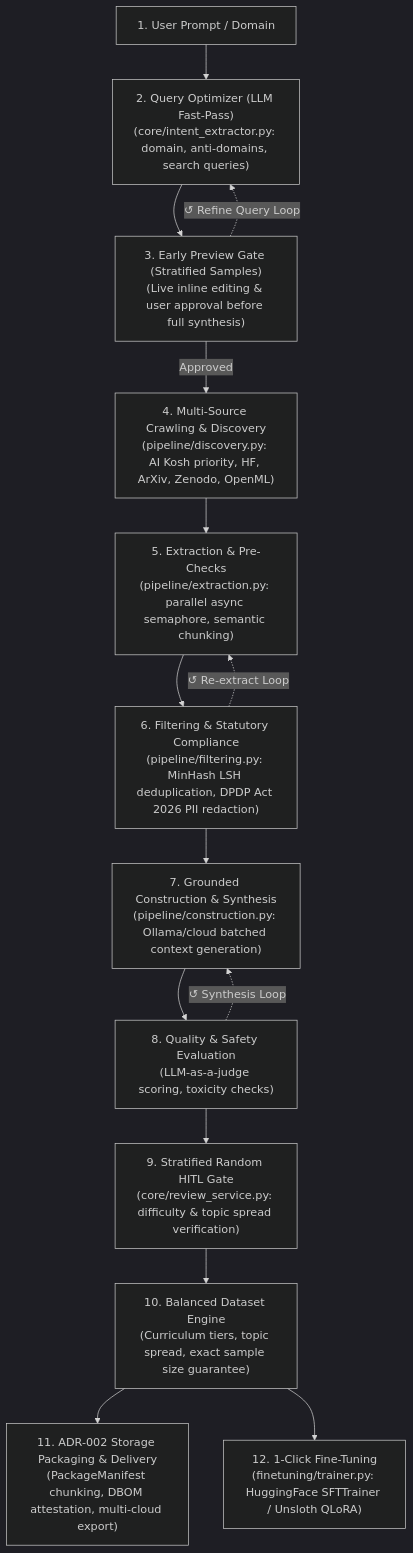
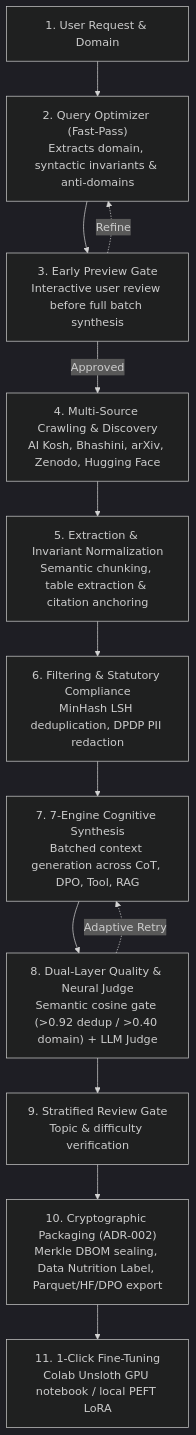
One commit to Sourabh-Kumar04/RasoSynth_CUTC changed the diagram in README.md. Above: the diagram before and after it, drawn with Mermaid (dark theme). The commit also changed other lines of this file, not shown here.

Commit message:
docs(readme): clean up redundant sections and remove YAML frontmatter table

````diff
--- a/README.md
+++ b/README.md
@@ -29,17 +28,15 @@
 ```mermaid
 flowchart TD
-    UQ["1. User Prompt / Domain"] --> IQ["2. Query Optimizer (LLM Fast-Pass)\n(core/intent_extractor.py: domain, anti-domains, search queries)"]
-    IQ --> EP["3. Early Preview Gate (Stratified Samples)\n(Live inline editing & user approval before full synthesis)"]
-    EP -- "Approved" --> CR["4. Multi-Source Crawling & Discovery\n(pipeline/discovery.py: AI Kosh priority, HF, ArXiv, Zenodo, OpenML)"]
-    EP -. "↺ Refine Query Loop" .-> IQ
-    CR --> EX["5. Extraction & Pre-Checks\n(pipeline/extraction.py: parallel async semaphore, semantic chunking)"]
-    EX --> FL["6. Filtering & Statutory Compliance\n(pipeline/filtering.py: MinHash LSH deduplication, DPDP Act 2026 PII redaction)"]
-    FL -. "↺ Re-extract Loop" .-> EX
-    FL --> CG["7. Grounded Construction & Synthesis\n(pipeline/construction.py: Ollama/cloud batched context generation)"]
-    CG --> QE["8. Quality & Safety Evaluation\n(LLM-as-a-judge scoring, toxicity checks)"]
-    QE -. "↺ Synthesis Loop" .-> CG
-    QE --> HITL["9. Stratified Random HITL Gate\n(core/review_service.py: difficulty & topic spread verification)"]
-    HITL --> BAL["10. Balanced Dataset Engine\n(Curriculum tiers, topic spread, exact sample size guarantee)"]
-    BAL --> EXP["11. ADR-002 Storage Packaging & Delivery\n(PackageManifest chunking, DBOM attestation, multi-cloud export)"]
-    BAL --> FT["12. 1-Click Fine-Tuning\n(finetuning/trainer.py: HuggingFace SFTTrainer / Unsloth QLoRA)"]
+    UQ["1. User Request & Domain"] --> IQ["2. Query Optimizer (Fast-Pass)\nExtracts domain, syntactic invariants & anti-domains"]
+    IQ --> EP["3. Early Preview Gate\nInteractive user review before full batch synthesis"]
+    EP -- "Approved" --> CR["4. Multi-Source Crawling & Discovery\nAI Kosh, Bhashini, arXiv, Zenodo, Hugging Face"]
+    EP -. "Refine" .-> IQ
+    CR --> EX["5. Extraction & Invariant Normalization\nSemantic chunking, table extraction & citation anchoring"]
+    EX --> FL["6. Filtering & Statutory Compliance\nMinHash LSH deduplication, DPDP PII redaction"]
+    FL --> CG["7. 7-Engine Cognitive Synthesis\nBatched context generation across CoT, DPO, Tool, RAG"]
+    CG --> QE["8. Dual-Layer Quality & Neural Judge\nSemantic cosine gate (>0.92 dedup / >0.40 domain) + LLM Judge"]
+    QE -. "Adaptive Retry" .-> CG
+    QE --> HITL["9. Stratified Review Gate\nTopic & difficulty verification"]
+    HITL --> EXP["10. Cryptographic Packaging (ADR-002)\nMerkle DBOM sealing, Data Nutrition Label, Parquet/HF/DPO export"]
+    EXP --> FT["11. 1-Click Fine-Tuning\nColab Unsloth GPU notebook / local PEFT LoRA"]
 ```
````
